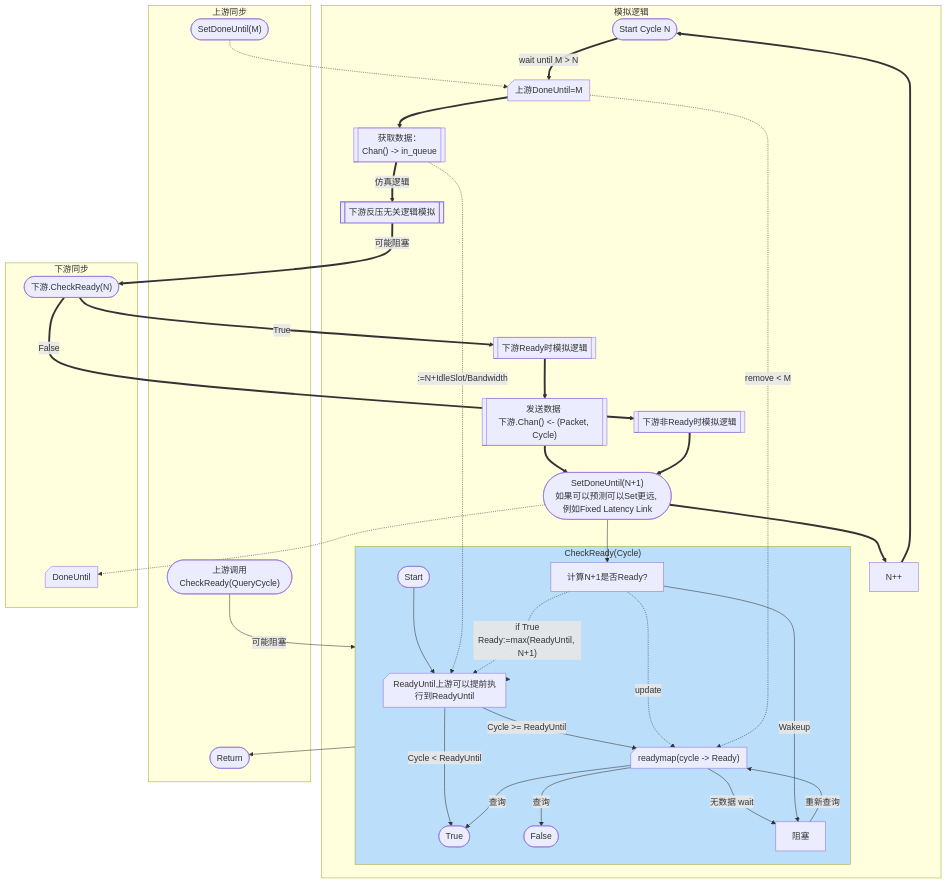
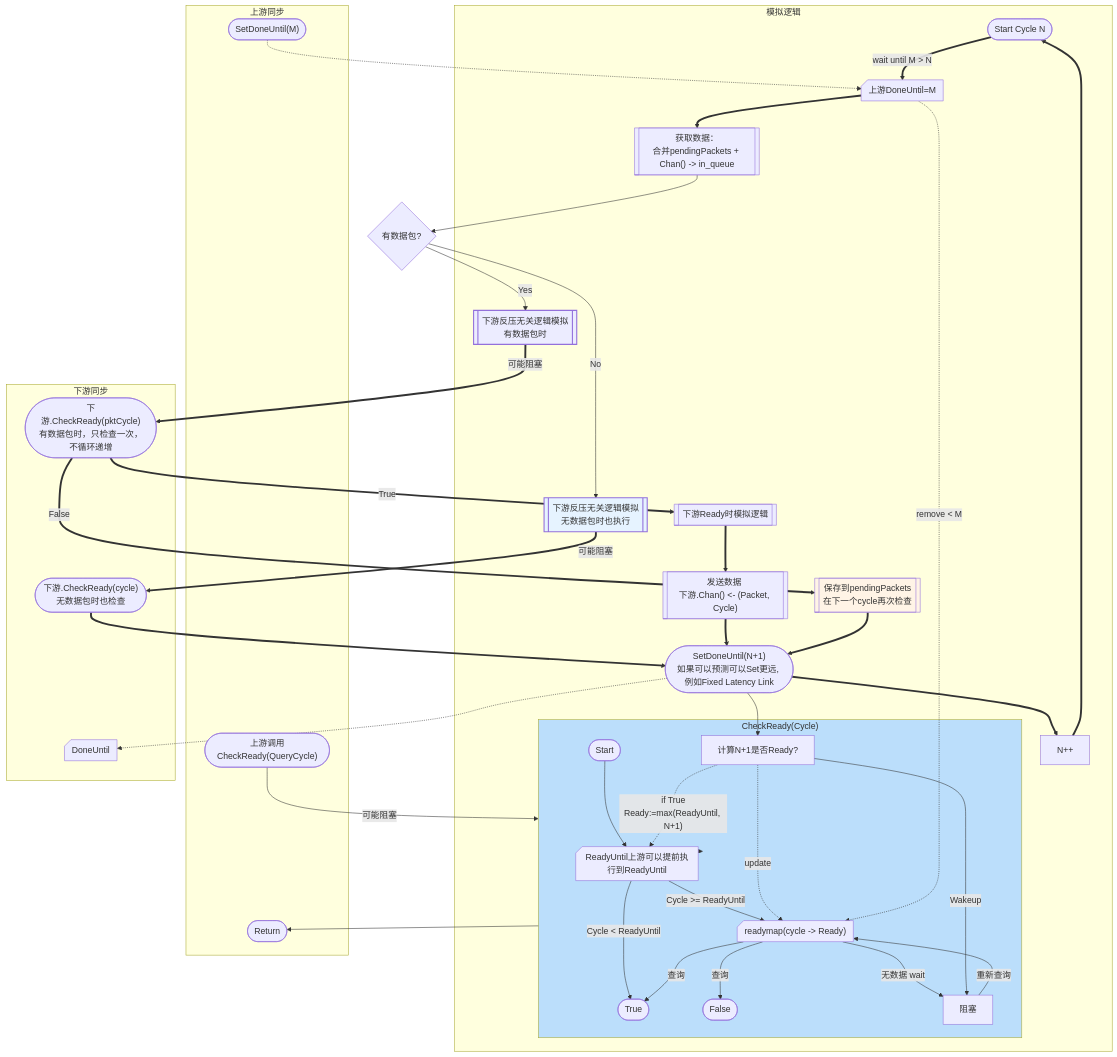
The first of 2 diagrams in doc/core/async_port.md (Readm/flow_control_sim), drawn with Mermaid before and after one commit. The commit also changed 8 other files, not shown here.

````diff
--- a/doc/core/async_port.md
+++ b/doc/core/async_port.md
@@ -29,9 +29,10 @@
   end
  subgraph s3["模拟逻辑"]
         A(["Start Cycle N"])
-        H["获取数据：<br>Chan() -&gt; in_queue"]
-        I["下游反压无关逻辑模拟"]
-        D["下游非Ready时模拟逻辑"]
+        H["获取数据：<br>合并pendingPackets + Chan() -&gt; in_queue"]
+        I_Packet["下游反压无关逻辑模拟<br/>有数据包时"]
+        I_NoPacket["下游反压无关逻辑模拟<br/>无数据包时也执行"]
+        PENDING["保存到pendingPackets<br/>在下一个cycle再次检查"]
         E["发送数据 <br>下游.Chan() &lt;- (Packet, Cycle)"]
         C["下游Ready时模拟逻辑"]
         P["N++"]
@@ -45,7 +46,8 @@
         n3(["SetDoneUntil(M)"])
   end
  subgraph s2["下游同步"]
-        B(["下游.CheckReady(N)"])
+        B_Packet(["下游.CheckReady(pktCycle)<br/>有数据包时，只检查一次，不循环递增"])
+        B_NoPacket(["下游.CheckReady(cycle)<br/>无数据包时也检查"])
         n1["DoneUntil"]
   end
     RU -- Cycle &lt; ReadyUntil --> TRUE
@@ -56,19 +58,22 @@
     Q -- Wakeup --> STALL
     S4IN --> RU
     K -- 可能阻塞 --> s4
-    H -. ":=N+IdleSlot/Bandwidth" .-> RU
-    H == 仿真逻辑 ==> I
-    I == 可能阻塞 ==> B
-    B == True ==> C
-    B == False ==> D
+    H --> CheckData{有数据包?}
+    CheckData -->|Yes| I_Packet
+    CheckData -->|No| I_NoPacket
+    I_Packet == 可能阻塞 ==> B_Packet
+    I_NoPacket == 可能阻塞 ==> B_NoPacket
+    B_Packet == True ==> C
+    B_Packet == False ==> PENDING
+    B_NoPacket ==> F
     C ==> E
     F ==> P
     F --> Q
     F -.-> n1
     E ==> F
+    PENDING ==> F
     Q -. update .-> RM
     Q -. "if True<br>Ready:=max(ReadyUntil, N+1)" .-> RU
-    D ==> F
     P ==> A
     A == "<span style=background-color:>wait until M &gt; N</span>" ==> n2
     n2 ==> H
@@ -79,12 +84,16 @@
     RU@{ shape: card}
     RM@{ shape: card}
     H@{ shape: subproc}
-    I@{ shape: subproc}
-    D@{ shape: subproc}
+    I_Packet@{ shape: subproc}
+    I_NoPacket@{ shape: subproc}
+    PENDING@{ shape: subproc}
     E@{ shape: subproc}
     C@{ shape: subproc}
     n2@{ shape: card}
     n1@{ shape: card}
-    style I stroke-width:2px,stroke-dasharray: 0
+    style I_Packet stroke-width:2px,stroke-dasharray: 0
+    style I_NoPacket stroke-width:2px,stroke-dasharray: 0
+    style I_NoPacket fill:#E6F3FF
+    style PENDING fill:#FFF4E6
     style s4 fill:#BBDEFB
 ```
````
